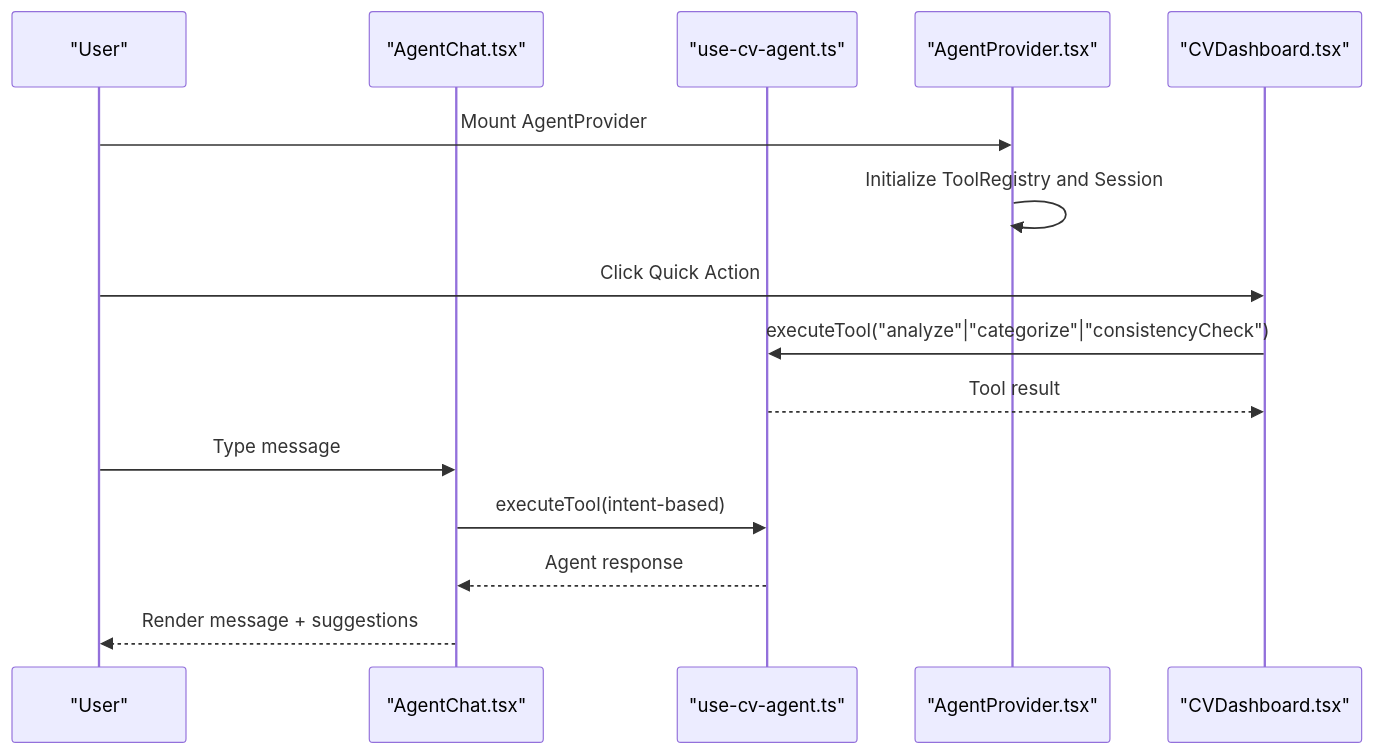
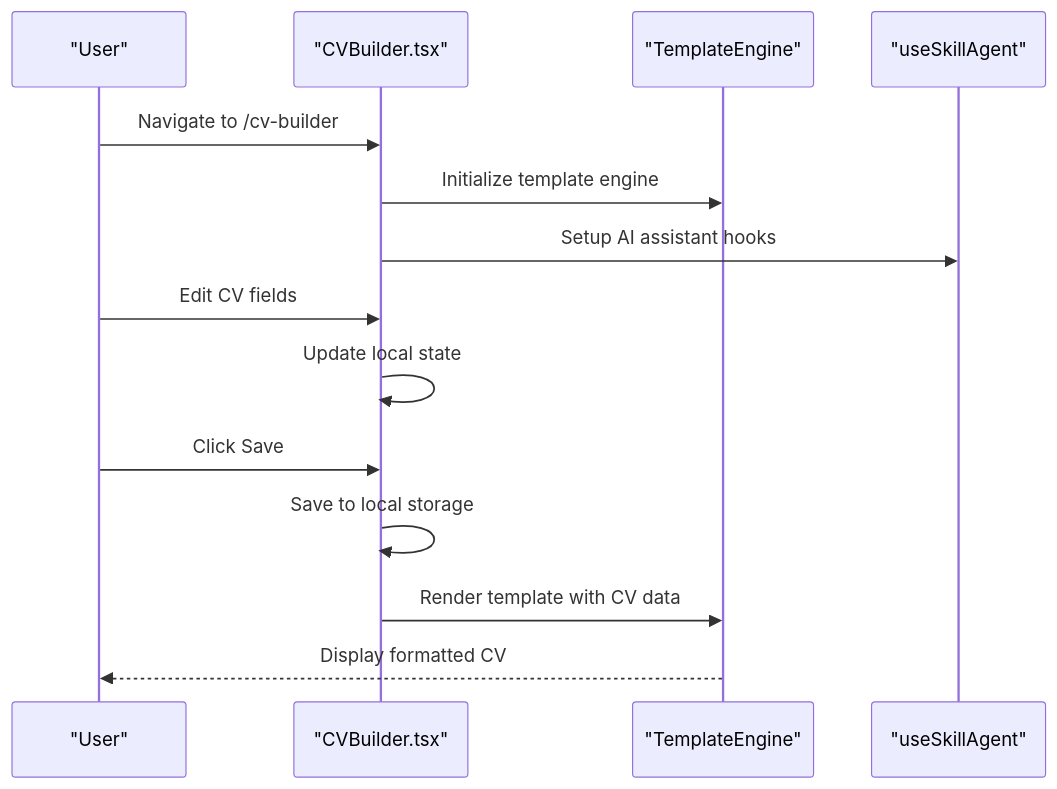
Before and after one commit to DoVuDung/cv-portfolio-builder: the third of 9 diagrams in .qoder/repowiki/en/content/Developer Tools & Examples/Demo Routes & Navigation.md, drawn with Mermaid. The commit also changed other lines of this file and 26 other files, not shown here.

First line of the commit message:
docs(agent): update AI Agent System with MCP tool architecture and CV Builder integration

````diff
--- a/.qoder/repowiki/en/content/Developer Tools & Examples/Demo Routes & Navigation.md
+++ b/.qoder/repowiki/en/content/Developer Tools & Examples/Demo Routes & Navigation.md
@@ -154,17 +165,16 @@
 ```mermaid
 sequenceDiagram
 participant U as "User"
-participant Chat as "AgentChat.tsx"
-participant Hooks as "use-cv-agent.ts"
-participant Prov as "AgentProvider.tsx"
-participant Dash as "CVDashboard.tsx"
-U->>Prov : Mount AgentProvider
-Prov->>Prov : Initialize ToolRegistry and Session
-U->>Dash : Click Quick Action
-Dash->>Hooks : executeTool("analyze"|"categorize"|"consistencyCheck")
-Hooks-->>Dash : Tool result
-U->>Chat : Type message
-Chat->>Hooks : executeTool(intent-based)
-Hooks-->>Chat : Agent response
-Chat-->>U : Render message + suggestions
+participant CVB as "CVBuilder.tsx"
+participant TA as "TemplateEngine"
+participant AI as "useSkillAgent"
+U->>CVB : Navigate to /cv-builder
+CVB->>TA : Initialize template engine
+CVB->>AI : Setup AI assistant hooks
+U->>CVB : Edit CV fields
+CVB->>CVB : Update local state
+U->>CVB : Click Save
+CVB->>CVB : Save to local storage
+CVB->>TA : Render template with CV data
+TA-->>U : Display formatted CV
 ```
````
